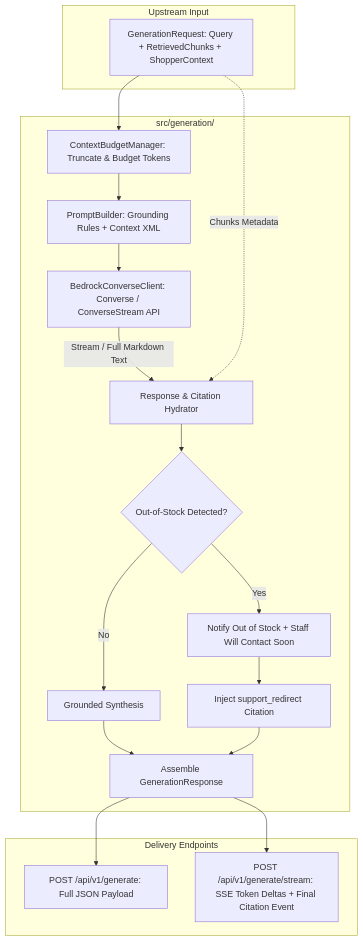
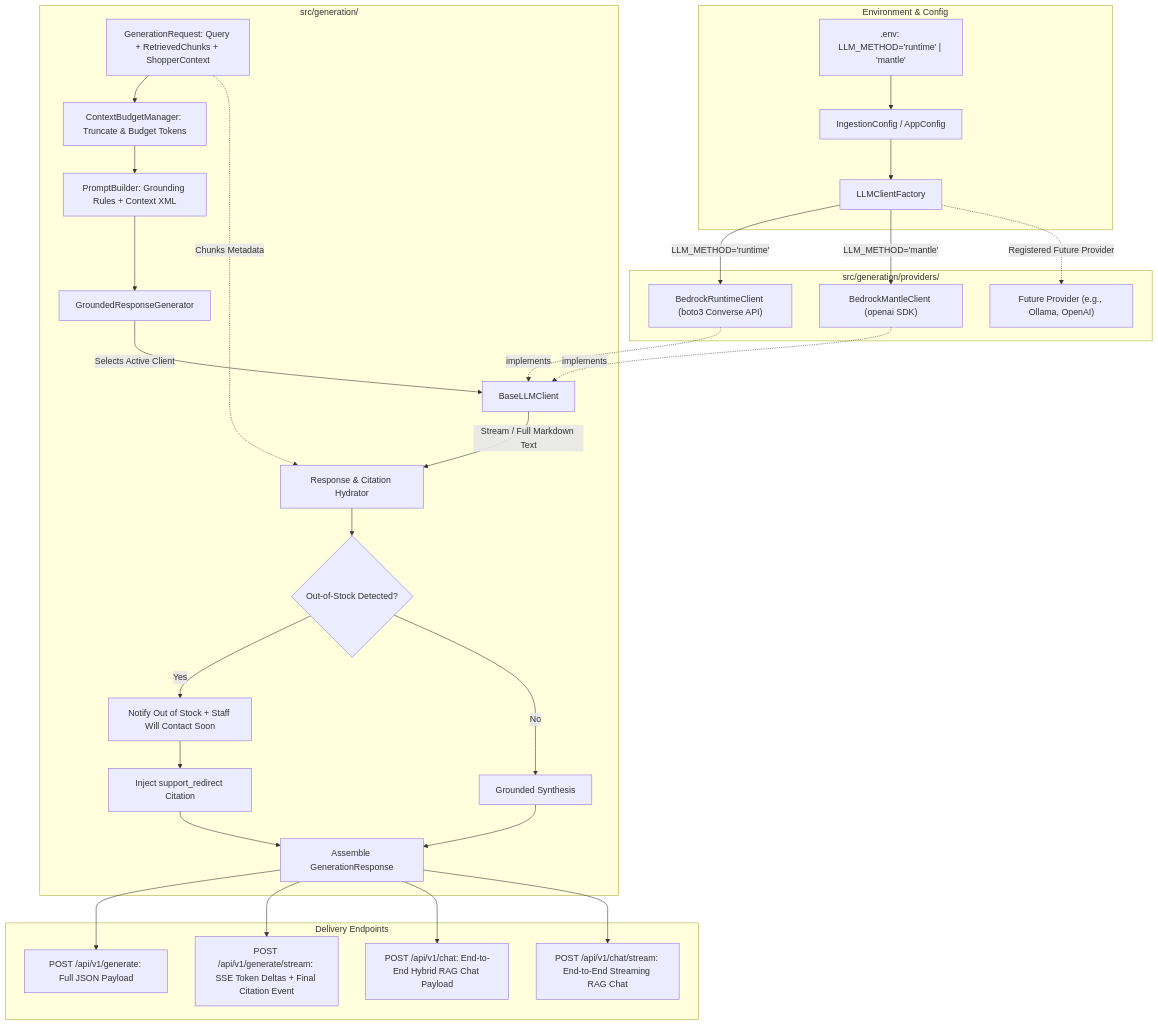
The diagram in specs/04-llm-response-generation-spec.md (logacc99/sales-assistant), drawn with Mermaid before and after one commit. The commit also changed other lines of this file and 34 other files, not shown here.

Commit message:
feat: add multi-LLM provider support with factory pattern, chat API endpoints, and local BGE reranker

````diff
--- a/specs/04-llm-response-generation-spec.md
+++ b/specs/04-llm-response-generation-spec.md
@@ -53,25 +70,37 @@
 ```mermaid
 flowchart TD
-    subgraph Upstream Input
-        Req[GenerationRequest: Query + RetrievedChunks + ShopperContext]
+    subgraph Configuration [Environment & Config]
+        Env[".env: LLM_METHOD='runtime' | 'mantle'"] --> AppConfig[IngestionConfig / AppConfig]
+        AppConfig --> Factory[LLMClientFactory]
+    end
+
+    subgraph LLM Providers [src/generation/providers/]
+        Factory -->|LLM_METHOD='runtime'| RuntimeClient["BedrockRuntimeClient (boto3 Converse API)"]
+        Factory -->|LLM_METHOD='mantle'| MantleClient["BedrockMantleClient (openai SDK)"]
+        Factory -.->|Registered Future Provider| OtherClient["Future Provider (e.g., Ollama, OpenAI)"]
     end
 
     subgraph Generation Subsystem [src/generation/]
-        BudgetMgr[ContextBudgetManager: Truncate & Budget Tokens] --> PromptBuilder[PromptBuilder: Grounding Rules + Context XML]
-        Req --> BudgetMgr
-        PromptBuilder --> BedrockClient[BedrockConverseClient: Converse / ConverseStream API]
-        BedrockClient -->|Stream / Full Markdown Text| ResponseParser[Response & Citation Hydrator]
+        Req[GenerationRequest: Query + RetrievedChunks + ShopperContext] --> BudgetMgr[ContextBudgetManager: Truncate & Budget Tokens]
+        BudgetMgr --> PromptBuilder[PromptBuilder: Grounding Rules + Context XML]
+        PromptBuilder --> Gen[GroundedResponseGenerator]
+        Gen -->|Selects Active Client| LLM[BaseLLMClient]
+        RuntimeClient -. implements .-> LLM
+        MantleClient -. implements .-> LLM
+        LLM -->|Stream / Full Markdown Text| ResponseParser[Response & Citation Hydrator]
         Req -. Chunks Metadata .-> ResponseParser
         ResponseParser --> StockCheck{Out-of-Stock Detected?}
         StockCheck -->|Yes| OutOfStockNotice[Notify Out of Stock + Staff Will Contact Soon]
         StockCheck -->|No| NormalPayload[Grounded Synthesis]
         OutOfStockNotice --> SupportCTA[Inject support_redirect Citation]
         NormalPayload --> FinalPayload[Assemble GenerationResponse]
         SupportCTA --> FinalPayload
     end
 
     subgraph Delivery Endpoints
         FinalPayload --> RESTSync[POST /api/v1/generate: Full JSON Payload]
         FinalPayload --> RESTStream[POST /api/v1/generate/stream: SSE Token Deltas + Final Citation Event]
+        FinalPayload --> ChatSync[POST /api/v1/chat: End-to-End Hybrid RAG Chat Payload]
+        FinalPayload --> ChatStream[POST /api/v1/chat/stream: End-to-End Streaming RAG Chat]
     end
 ```
````
